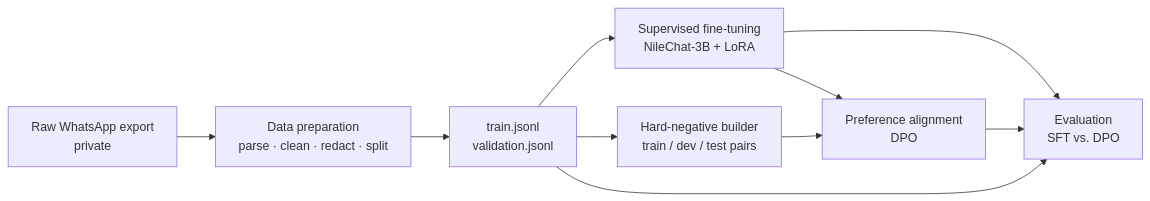
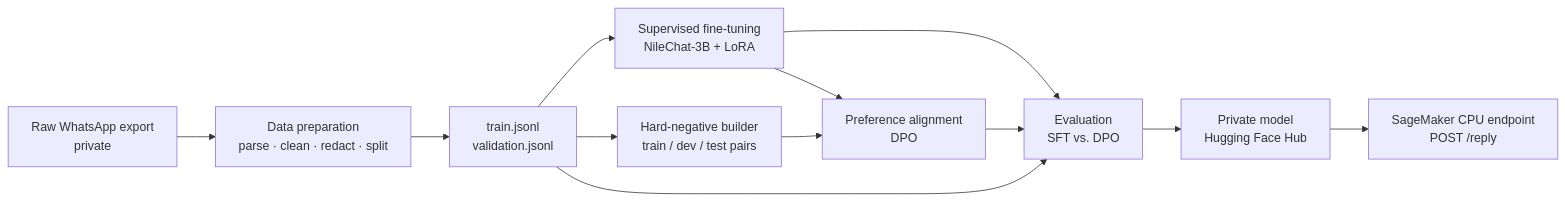
Before and after one commit to ahmed-elsayed1611/Twin_project: the diagram in whatsapp-twin/README.md, drawn with Mermaid. The commit also changed other lines of this file and 1 other file, not shown here.

Commit message:
README: document the RAG inference fixes, SageMaker deployment, CI/CD and Opik

````diff
--- a/whatsapp-twin/README.md
+++ b/whatsapp-twin/README.md
@@ -20,12 +21,14 @@
 ```mermaid
 flowchart LR
     A[Raw WhatsApp export<br/>private] --> B[Data preparation<br/>parse · clean · redact · split]
     B --> C[train.jsonl<br/>validation.jsonl]
     C --> D[Supervised fine-tuning<br/>NileChat-3B + LoRA]
     C --> E[Hard-negative builder<br/>train / dev / test pairs]
     D --> F[Preference alignment<br/>DPO]
     E --> F
     D --> G[Evaluation<br/>SFT vs. DPO]
     F --> G
     C --> G
+    G --> H[Private model<br/>Hugging Face Hub]
+    H --> I[SageMaker CPU endpoint<br/>POST /reply]
 ```
````
